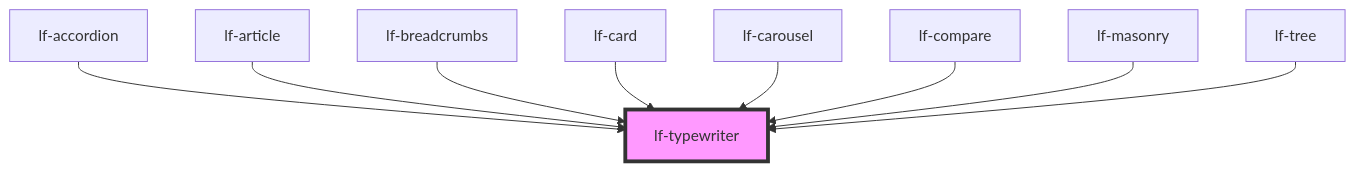
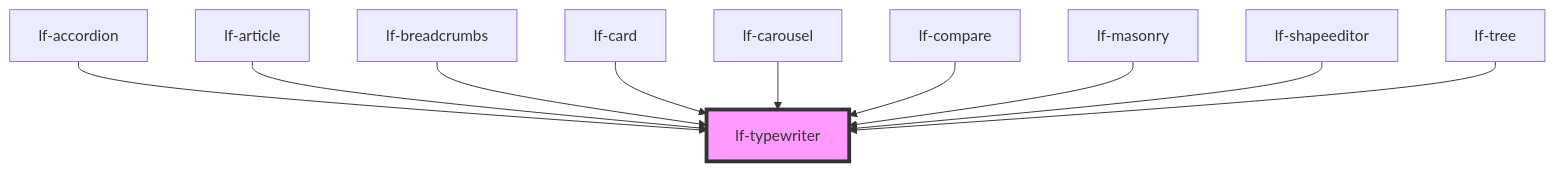
Before and after one commit to lucafoscili/lf-widgets: the diagram in packages/core/src/components/lf-typewriter/readme.md, drawn with Mermaid. The commit also changed other lines of this file and 27 other files, not shown here.

````diff
--- a/packages/core/src/components/lf-typewriter/readme.md
+++ b/packages/core/src/components/lf-typewriter/readme.md
@@ -115,12 +116,13 @@
 ```mermaid
 graph TD;
   lf-accordion --> lf-typewriter
   lf-article --> lf-typewriter
   lf-breadcrumbs --> lf-typewriter
   lf-card --> lf-typewriter
   lf-carousel --> lf-typewriter
   lf-compare --> lf-typewriter
   lf-masonry --> lf-typewriter
+  lf-shapeeditor --> lf-typewriter
   lf-tree --> lf-typewriter
   style lf-typewriter fill:#f9f,stroke:#333,stroke-width:4px
 ```
````
